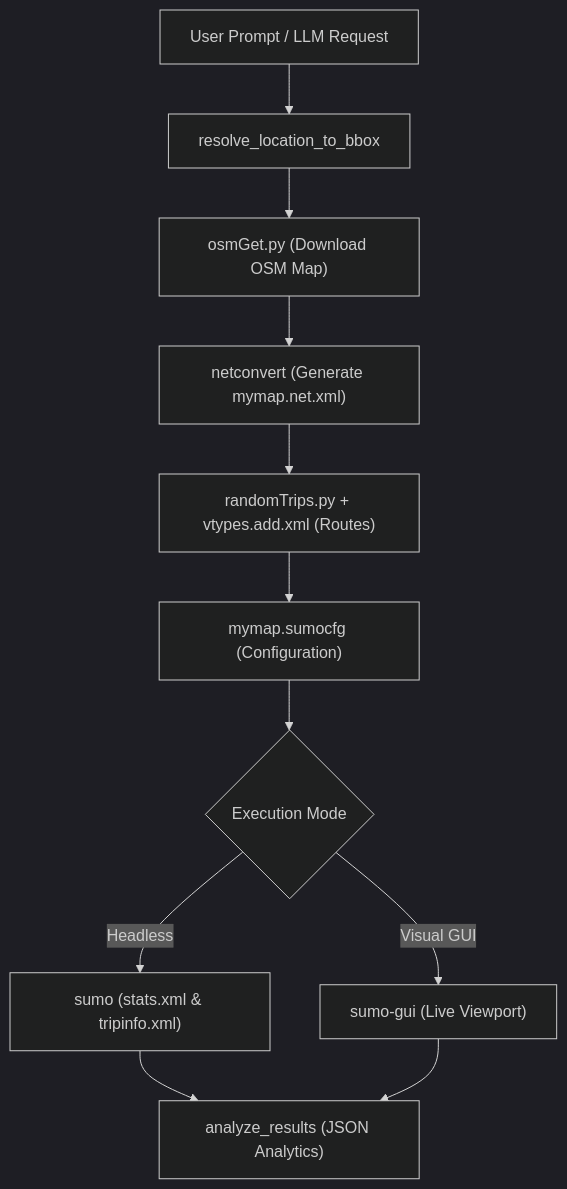
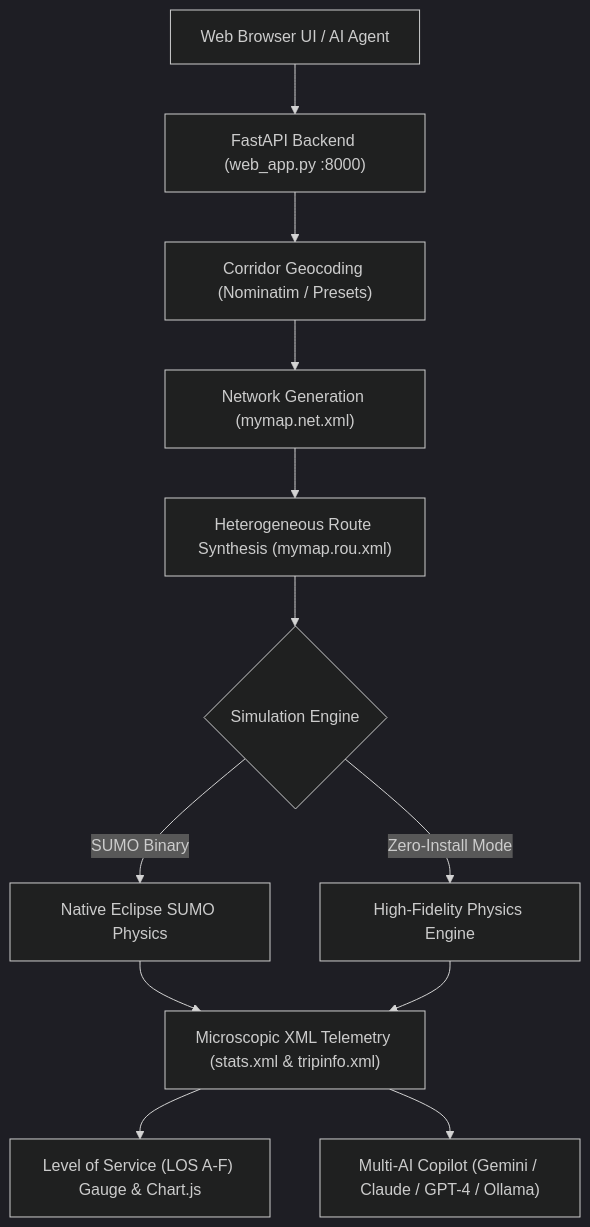
Before and after one commit to Sanjay1266/Sumo_ai_mcp: the diagram in README.md, drawn with Mermaid (dark theme). The commit also changed other lines of this file and 15 other files, not shown here.

Commit message:
feat: convert MCP into full-featured standalone Web Application with GIS maps, real-time analytics, and multi-AI copilot

````diff
--- a/README.md
+++ b/README.md
@@ -20,12 +18,13 @@
 ```mermaid
 flowchart TD
-    A["User Prompt / LLM Request"] --> B["resolve_location_to_bbox"]
-    B --> C["osmGet.py (Download OSM Map)"]
-    C --> D["netconvert (Generate mymap.net.xml)"]
-    D --> E["randomTrips.py + vtypes.add.xml (Routes)"]
-    E --> F["mymap.sumocfg (Configuration)"]
-    F --> G{"Execution Mode"}
-    G -->|"Headless"| H["sumo (stats.xml & tripinfo.xml)"]
-    G -->|"Visual GUI"| I["sumo-gui (Live Viewport)"]
-    H & I --> J["analyze_results (JSON Analytics)"]
+    A["Web Browser UI / AI Agent"] --> B["FastAPI Backend (web_app.py :8000)"]
+    B --> C["Corridor Geocoding (Nominatim / Presets)"]
+    C --> D["Network Generation (mymap.net.xml)"]
+    D --> E["Heterogeneous Route Synthesis (mymap.rou.xml)"]
+    E --> F{"Simulation Engine"}
+    F -->|"SUMO Binary"| G["Native Eclipse SUMO Physics"]
+    F -->|"Zero-Install Mode"| H["High-Fidelity Physics Engine"]
+    G & H --> I["Microscopic XML Telemetry (stats.xml & tripinfo.xml)"]
+    I --> J["Level of Service (LOS A-F) Gauge & Chart.js"]
+    I --> K["Multi-AI Copilot (Gemini / Claude / GPT-4 / Ollama)"]
 ```
````
